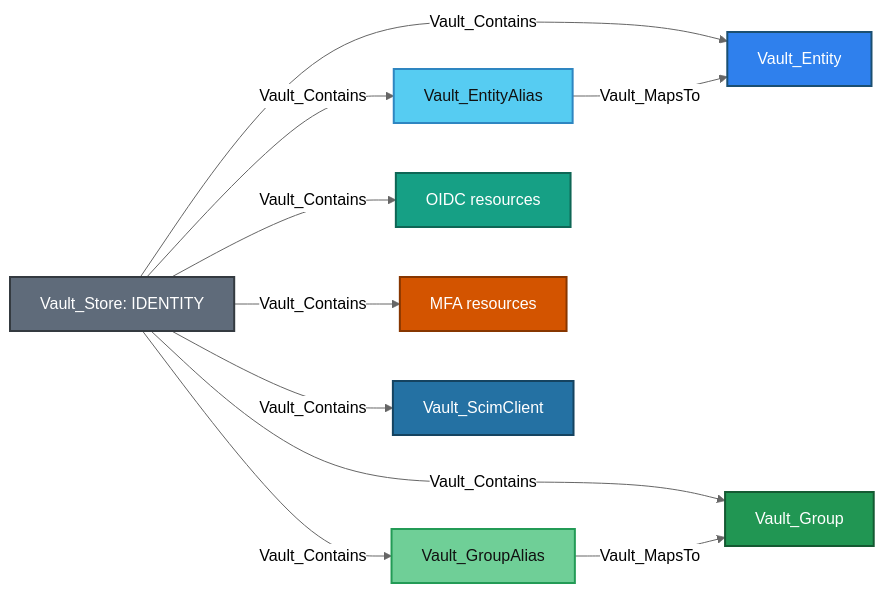
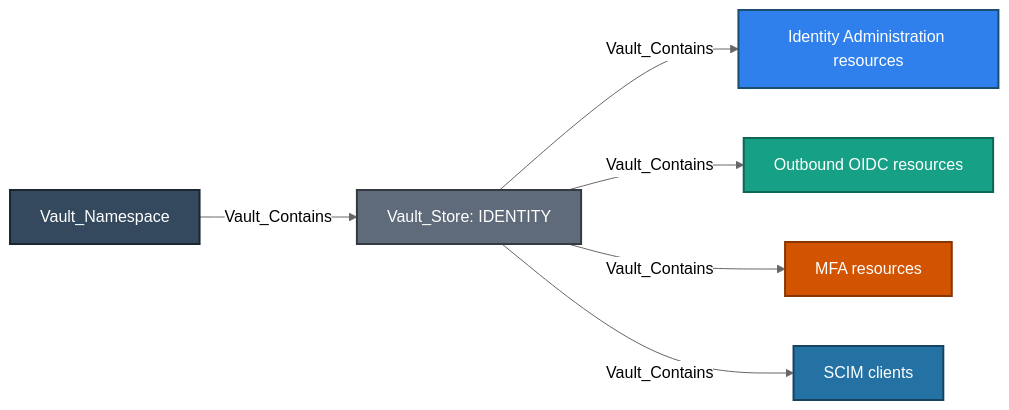
The first of 13 diagrams in Documentation/stores/IDENTITY.md (bytewreck/opengraph-vault), drawn with Mermaid (neutral theme) before and after one commit. The commit also changed other lines of this file and 6 other files, not shown here.

````diff
--- a/Documentation/stores/IDENTITY.md
+++ b/Documentation/stores/IDENTITY.md
@@ -24,21 +9,15 @@
 ```mermaid
 flowchart LR
-    store[Vault_Store: IDENTITY]:::storeNode -->|Vault_Contains| VE[Vault_Entity]:::entityNode
-    store -->|Vault_Contains| EA[Vault_EntityAlias]:::entityAliasNode
-    EA -->|Vault_MapsTo| VE
-    store -->|Vault_Contains| VG[Vault_Group]:::groupNode
-    store -->|Vault_Contains| GA[Vault_GroupAlias]:::groupAliasNode
-    GA -->|Vault_MapsTo| VG
-    store -->|Vault_Contains| oidc[OIDC resources]:::oidcNode
+    namespace[Vault_Namespace]:::namespaceNode -->|Vault_Contains| store[Vault_Store: IDENTITY]:::storeNode
+    store -->|Vault_Contains| administration[Identity Administration resources]:::entityNode
+    store -->|Vault_Contains| oidc[Outbound OIDC resources]:::oidcNode
     store -->|Vault_Contains| mfa[MFA resources]:::mfaNode
-    store -->|Vault_Contains| scim[Vault_ScimClient]:::scimNode
+    store -->|Vault_Contains| scim[SCIM clients]:::scimNode
 
+    classDef namespaceNode fill:#34495E,color:#fff,stroke:#1B2631,stroke-width:2px
     classDef storeNode fill:#5F6B7A,color:#fff,stroke:#343A40,stroke-width:2px
-    classDef entityNode fill:#2F80ED,color:#fff,stroke:#1B4F72,stroke-width:2px 
-    classDef entityAliasNode fill:#56CCF2,color:#111,stroke:#2E86C1,stroke-width:2px
-    classDef groupNode fill:#219653,color:#fff,stroke:#145A32,stroke-width:2px
-    classDef groupAliasNode fill:#6FCF97,color:#111,stroke:#239B56,stroke-width:2px
+    classDef entityNode fill:#2F80ED,color:#fff,stroke:#1B4F72,stroke-width:2px
     classDef oidcNode fill:#16A085,color:#fff,stroke:#0E6655,stroke-width:2px
     classDef mfaNode fill:#D35400,color:#fff,stroke:#873600,stroke-width:2px
     classDef scimNode fill:#2471A3,color:#fff,stroke:#154360,stroke-width:2px
 ```
````
